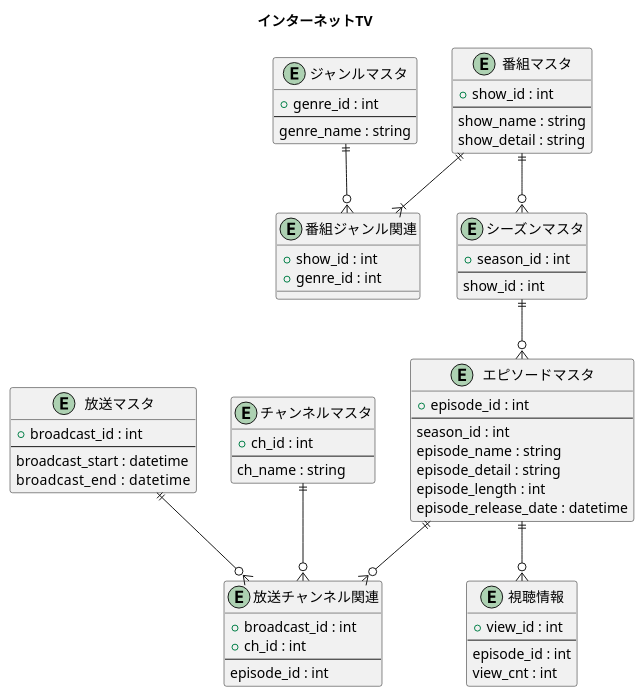
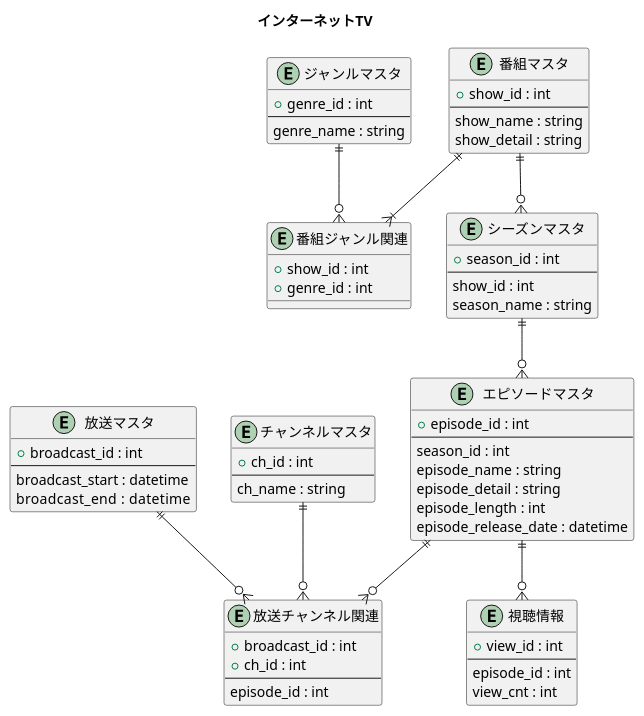
One commit to ryuseim1115/apprentice-term2 changed the diagram in internet_tv_er.pu. Above: the diagram before and after it, drawn with PlantUML. The commit also changed 1 other file, not shown here.

```diff
--- a/internet_tv_er.pu
+++ b/internet_tv_er.pu
@@ -1,92 +1,93 @@
 @startuml TERM2
 title インターネットTV
 
 ' ====================
 ' 番組・ジャンル系
 ' ====================
 entity "番組マスタ" as show_master {
     + show_id : int
     --
     show_name : string
     show_detail : string  
 }
 
 entity "ジャンルマスタ" as genre_master{
     + genre_id : int
     --
     genre_name : string
 }
 
 entity "番組ジャンル関連" as show_genre {
     + show_id : int
     + genre_id : int
 }
 
 ' ====================
 ' シーズン・エピソード系
 ' ====================
 entity "シーズンマスタ" as season_master {
     + season_id : int
     --
     show_id : int
+    season_name : string
 }
 
 entity "エピソードマスタ" as episode_master{
     + episode_id : int
     --
     season_id : int
     episode_name : string
     episode_detail : string
     episode_length : int
     episode_release_date : datetime
 }
 
 ' ====================
 ' 放送・チャンネル系
 ' ====================
 entity "放送マスタ" as broadcast_master {
     + broadcast_id : int
     --
     broadcast_start : datetime
     broadcast_end   : datetime
 }
 
 entity "チャンネルマスタ" as ch_master {
     + ch_id : int
     --
     ch_name : string
 }
 
 entity "放送チャンネル関連" as broadcast_ch{
     + broadcast_id : int
     + ch_id : int
     --
     episode_id : int
 }
 
 ' ====================
 ' 視聴実績系
 ' ====================
 entity "視聴情報" as view_info {
    + view_id : int
    --
    episode_id : int
    view_cnt : int
 }
 
 ' ====================
 ' リレーション
 ' ====================
 show_master   ||--o{ season_master
 season_master||--o{ episode_master
 
 episode_master ||--o{ broadcast_ch
 broadcast_master ||--o{ broadcast_ch
 ch_master ||--o{ broadcast_ch
 
 episode_master ||--o{ view_info
 
 show_master ||--|{ show_genre
 genre_master ||--o{ show_genre
 
 @enduml
```
